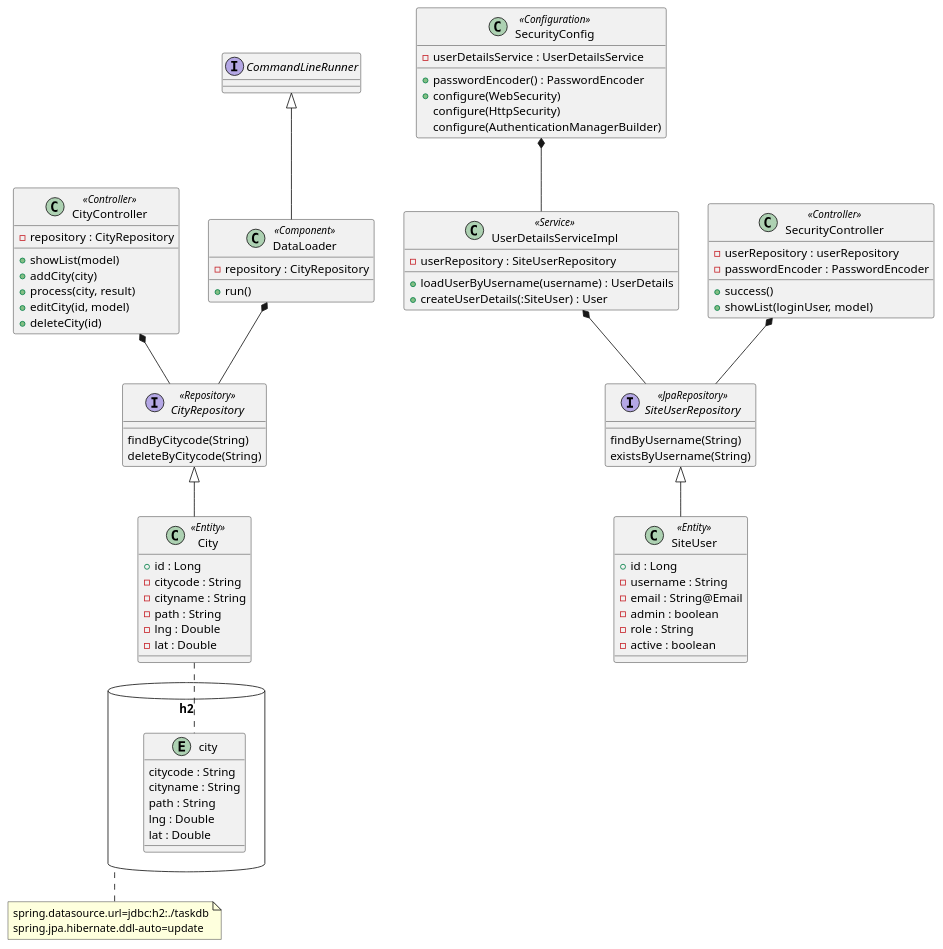
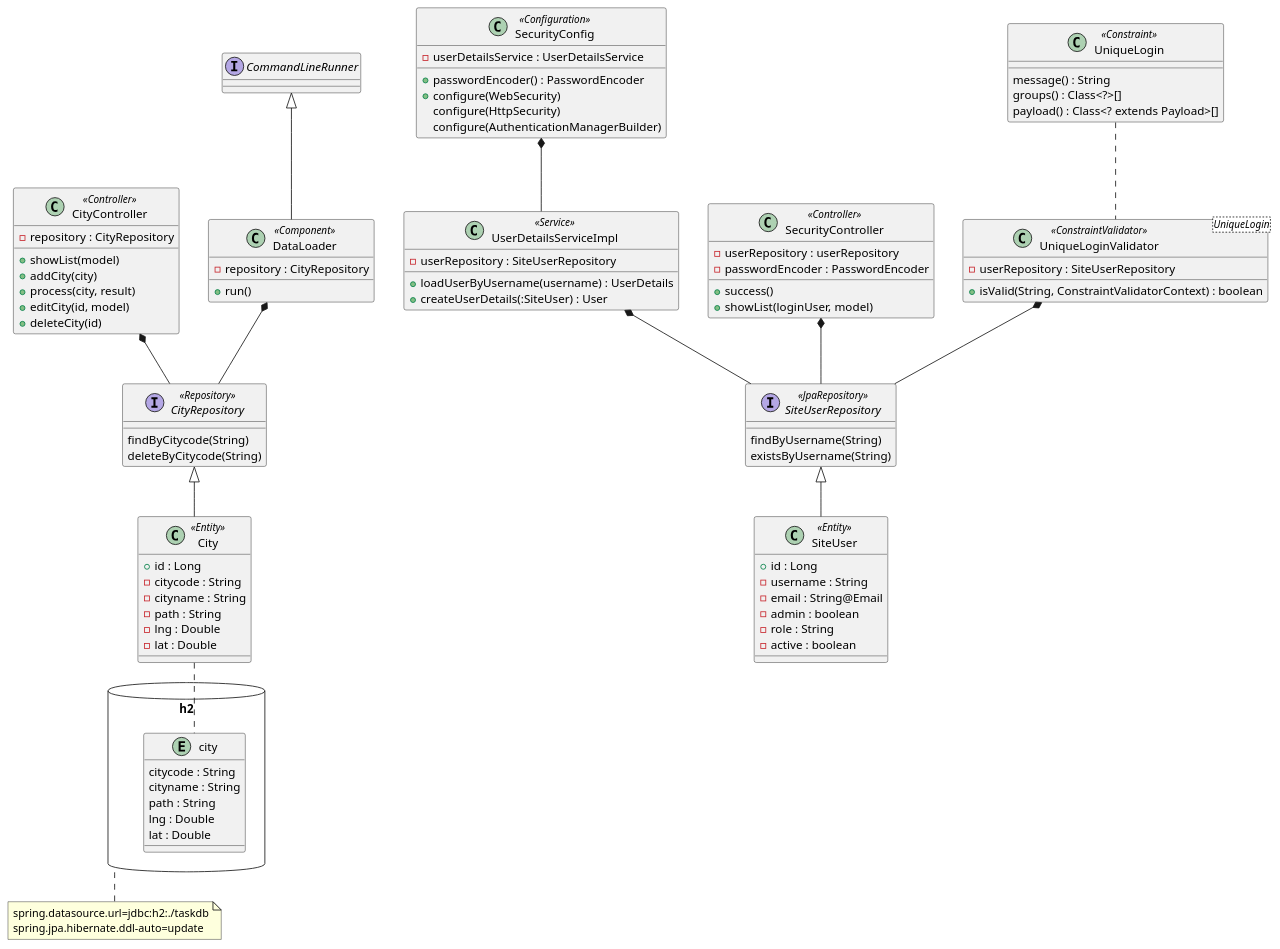
The diagram in class.pu (yuuhayashi/task-bldg), drawn with PlantUML before and after one commit. The commit also changed 4 other files, not shown here.

```diff
--- a/class.pu
+++ b/class.pu
@@ -1,89 +1,102 @@
 @startuml
 
 database "h2" as db {
 	entity city {
 		citycode : String
 		cityname : String
 		path : String
 		lng : Double
 		lat : Double
 	}
 }
 note bottom of db : spring.datasource.url=jdbc:h2:./taskdb\nspring.jpa.hibernate.ddl-auto=update
 
 class SecurityConfig <<Configuration>> {
 	- userDetailsService : UserDetailsService
 	+ passwordEncoder() : PasswordEncoder
 	+ configure(WebSecurity)
 	configure(HttpSecurity)
 	configure(AuthenticationManagerBuilder)
 }
 
 class UserDetailsServiceImpl <<Service>> {
   - userRepository : SiteUserRepository
   + loadUserByUsername(username) : UserDetails
   + createUserDetails(:SiteUser) : User
 }
 
 class SecurityController <<Controller>> {
   - userRepository : userRepository
   - passwordEncoder : PasswordEncoder
   + success()
   + showList(loginUser, model)
 }
 
 class SiteUser <<Entity>> {
   + id : Long
   - username : String
   - email : String@Email
   - admin : boolean
   - role : String
   - active : boolean
 }
 
+class UniqueLoginValidator<UniqueLogin> <<ConstraintValidator>> {
+  - userRepository : SiteUserRepository
+  + isValid(String, ConstraintValidatorContext) : boolean
+}
+
+class UniqueLogin <<Constraint>> {
+  message() : String
+  groups() : Class<?>[]
+  payload() : Class<? extends Payload>[]
+}
+
 interface SiteUserRepository <<JpaRepository>> {
 	findByUsername(String)
 	existsByUsername(String)
 }
 SecurityConfig *-- UserDetailsServiceImpl
 UserDetailsServiceImpl *-- SiteUserRepository
 SecurityController *-- SiteUserRepository
+UniqueLoginValidator *-- SiteUserRepository
+UniqueLogin .. UniqueLoginValidator
 SiteUserRepository <|-- SiteUser
 
 class City <<Entity>> {
   + id : Long
   - citycode : String
   - cityname : String
   - path : String
   - lng : Double
   - lat : Double
 }
 City .. city
 
 interface CityRepository <<Repository>> {
 	findByCitycode(String)
 	deleteByCitycode(String)
 }
 
 class CityController <<Controller>> {
   - repository : CityRepository
   + showList(model)
   + addCity(city)
   + process(city, result)
   + editCity(id, model)
   + deleteCity(id)
 }
 
 interface CommandLineRunner
 
 class DataLoader <<Component>> {
   - repository : CityRepository
   + run()
 }
 
 CityRepository <|-- City
 DataLoader *-- CityRepository
 CommandLineRunner <|-- DataLoader
 
 CityController *-- CityRepository
 @enduml
```
